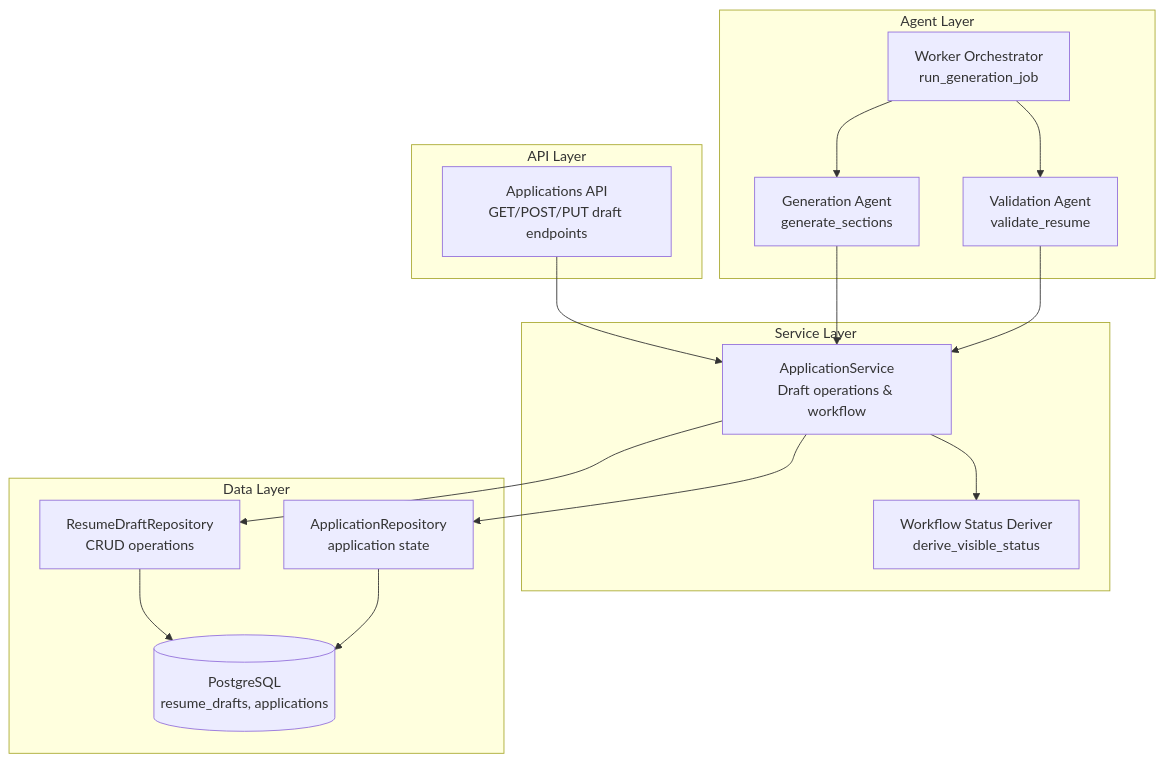
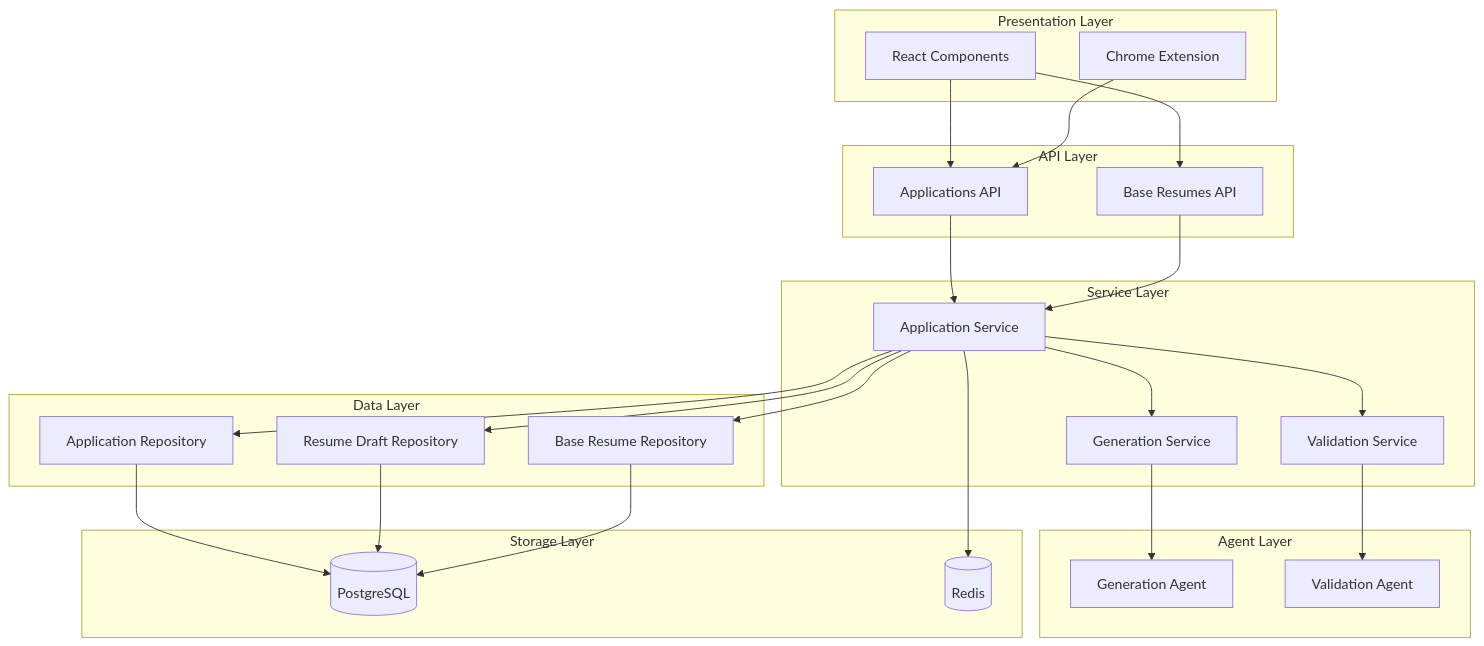
Before and after one commit to sankaL/resume-app: the third of 8 diagrams in .qoder/repowiki/en/content/Backend API/Database Models/Resume Draft Model.md, drawn with Mermaid. The commit also changed other lines of this file and 19 other files, not shown here.

````diff
--- a/.qoder/repowiki/en/content/Backend API/Database Models/Resume Draft Model.md
+++ b/.qoder/repowiki/en/content/Backend API/Database Models/Resume Draft Model.md
@@ -39,30 +388,45 @@
 ```mermaid
 graph TB
+subgraph "Presentation Layer"
+UI[React Components]
+EXT[Chrome Extension]
+end
 subgraph "API Layer"
-API["Applications API<br/>GET/POST/PUT draft endpoints"]
+APP_API[Applications API]
+BASE_API[Base Resumes API]
 end
 subgraph "Service Layer"
-Service["ApplicationService<br/>Draft operations & workflow"]
-WF["Workflow Status Deriver<br/>derive_visible_status"]
+APP_SERVICE[Application Service]
+GEN_SERVICE[Generation Service]
+VALID_SERVICE[Validation Service]
+end
+subgraph "Data Layer"
+APP_REPO[Application Repository]
+DRAFT_REPO[Resume Draft Repository]
+BASE_REPO[Base Resume Repository]
 end
 subgraph "Agent Layer"
-Gen["Generation Agent<br/>generate_sections"]
-Val["Validation Agent<br/>validate_resume"]
-Worker["Worker Orchestrator<br/>run_generation_job"]
+GEN_AGENT[Generation Agent]
+VALID_AGENT[Validation Agent]
 end
-subgraph "Data Layer"
-Repo["ResumeDraftRepository<br/>CRUD operations"]
-AppRepo["ApplicationRepository<br/>application state"]
-DB[("PostgreSQL<br/>resume_drafts, applications")]
+subgraph "Storage Layer"
+DB[(PostgreSQL)]
+REDIS[(Redis)]
 end
-API --> Service
-Service --> Repo
-Service --> AppRepo
-Service --> WF
-Worker --> Gen
-Worker --> Val
-Gen --> Service
-Val --> Service
-Repo --> DB
-AppRepo --> DB
+UI --> APP_API
+UI --> BASE_API
+EXT --> APP_API
+APP_API --> APP_SERVICE
+BASE_API --> APP_SERVICE
+APP_SERVICE --> APP_REPO
+APP_SERVICE --> DRAFT_REPO
+APP_SERVICE --> BASE_REPO
+APP_SERVICE --> GEN_SERVICE
+APP_SERVICE --> VALID_SERVICE
+GEN_SERVICE --> GEN_AGENT
+VALID_SERVICE --> VALID_AGENT
+APP_REPO --> DB
+DRAFT_REPO --> DB
+BASE_REPO --> DB
+APP_SERVICE --> REDIS
 ```
````
